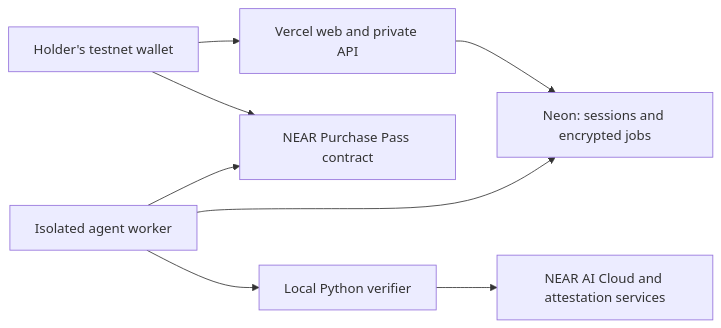
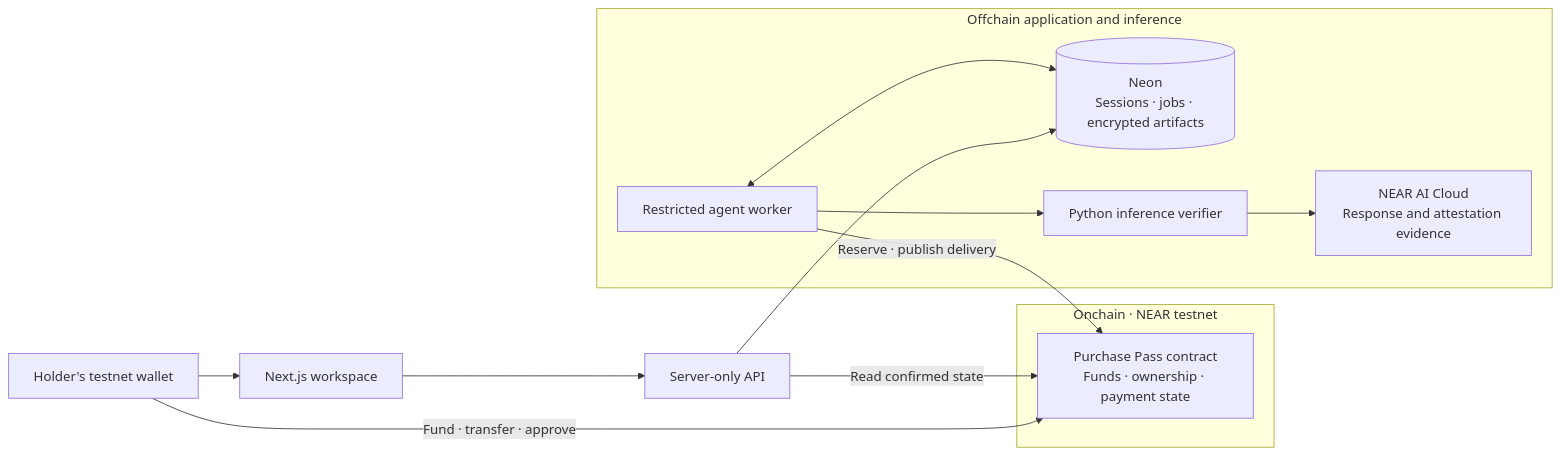
One commit to EndPx/proofbill changed the diagram in README.md. Above: the diagram before and after it, drawn with Mermaid. The commit also changed other lines of this file and 5 other files, not shown here.

````diff
--- a/README.md
+++ b/README.md
@@ -67,10 +89,23 @@
 ```mermaid
 flowchart LR
-  U[Holder's testnet wallet] --> V[Vercel web and private API]
-  U --> C[NEAR Purchase Pass contract]
-  V --> D[Neon: sessions and encrypted jobs]
-  W[Isolated agent worker] --> D
-  W --> C
-  W --> P[Local Python verifier]
-  P --> A[NEAR AI Cloud and attestation services]
+  H["Holder's testnet wallet"]
+  UI["Next.js workspace"]
+  API["Server-only API"]
+  subgraph Onchain["Onchain · NEAR testnet"]
+    C["Purchase Pass contract<br/>Funds · ownership · payment state"]
+  end
+  subgraph Offchain["Offchain application and inference"]
+    DB[("Neon<br/>Sessions · jobs · encrypted artifacts")]
+    W["Restricted agent worker"]
+    V["Python inference verifier"]
+    AI["NEAR AI Cloud<br/>Response and attestation evidence"]
+  end
+  H --> UI
+  H -->|"Fund · transfer · approve"| C
+  UI --> API
+  API --> DB
+  API -->|"Read confirmed state"| C
+  W <--> DB
+  W -->|"Reserve · publish delivery"| C
+  W --> V --> AI
 ```
````
